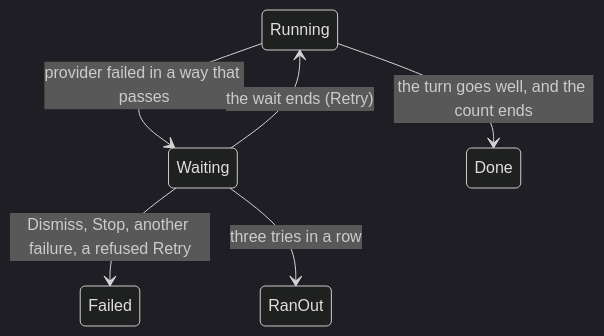
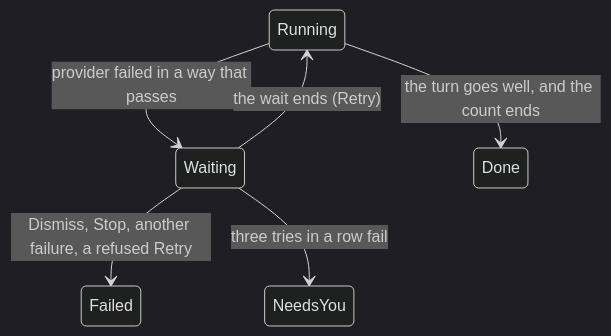
Before and after one commit to HJeon139/postbox: the second of 2 diagrams in designs/architecture/adapters.md, drawn with Mermaid (dark theme). The commit also changed other lines of this file and 3 other files, not shown here.

First line of the commit message:
fix(turns): a provider-failed turn whose tries ran out needs the person

````diff
--- a/designs/architecture/adapters.md
+++ b/designs/architecture/adapters.md
@@ -80,8 +80,8 @@
 ```mermaid
 stateDiagram-v2
   Running --> Waiting: provider failed in a way that passes
   Waiting --> Running: the wait ends (Retry)
   Waiting --> Failed: Dismiss, Stop, another failure, a refused Retry
   Running --> Done: the turn goes well, and the count ends
-  Waiting --> RanOut: three tries in a row
+  Waiting --> NeedsYou: three tries in a row fail
 ```
````
